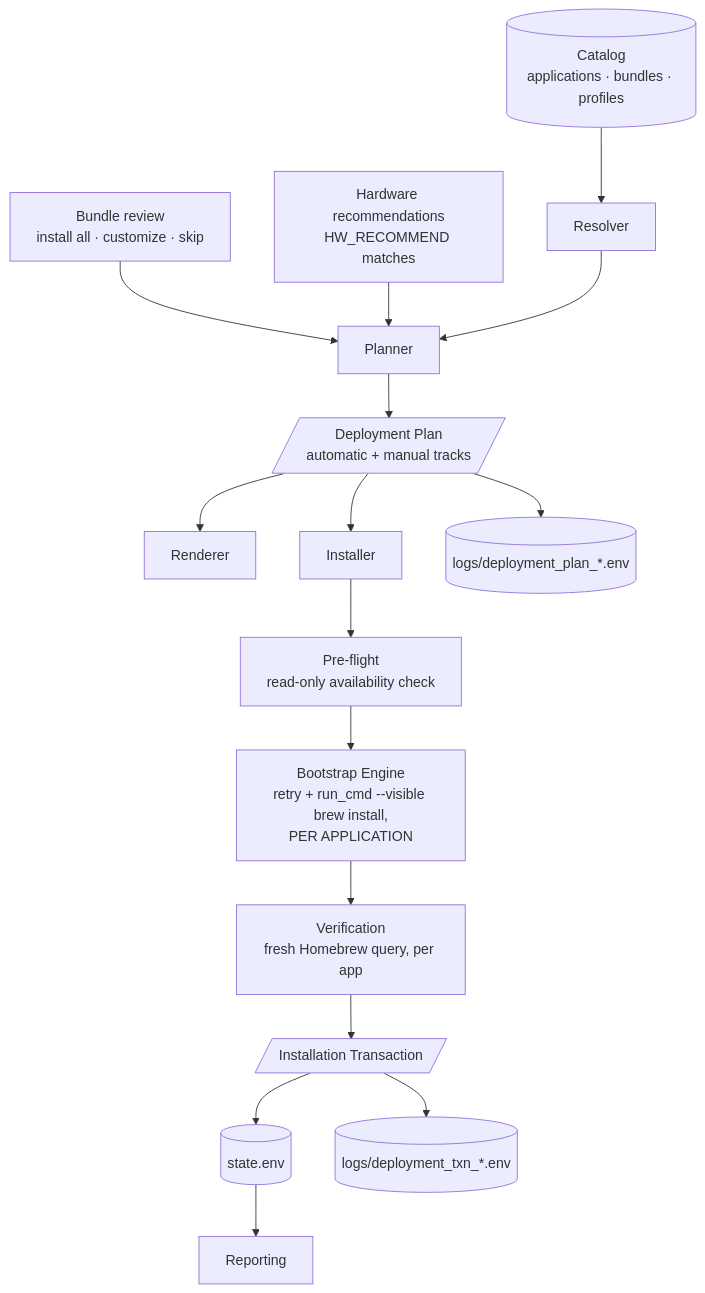
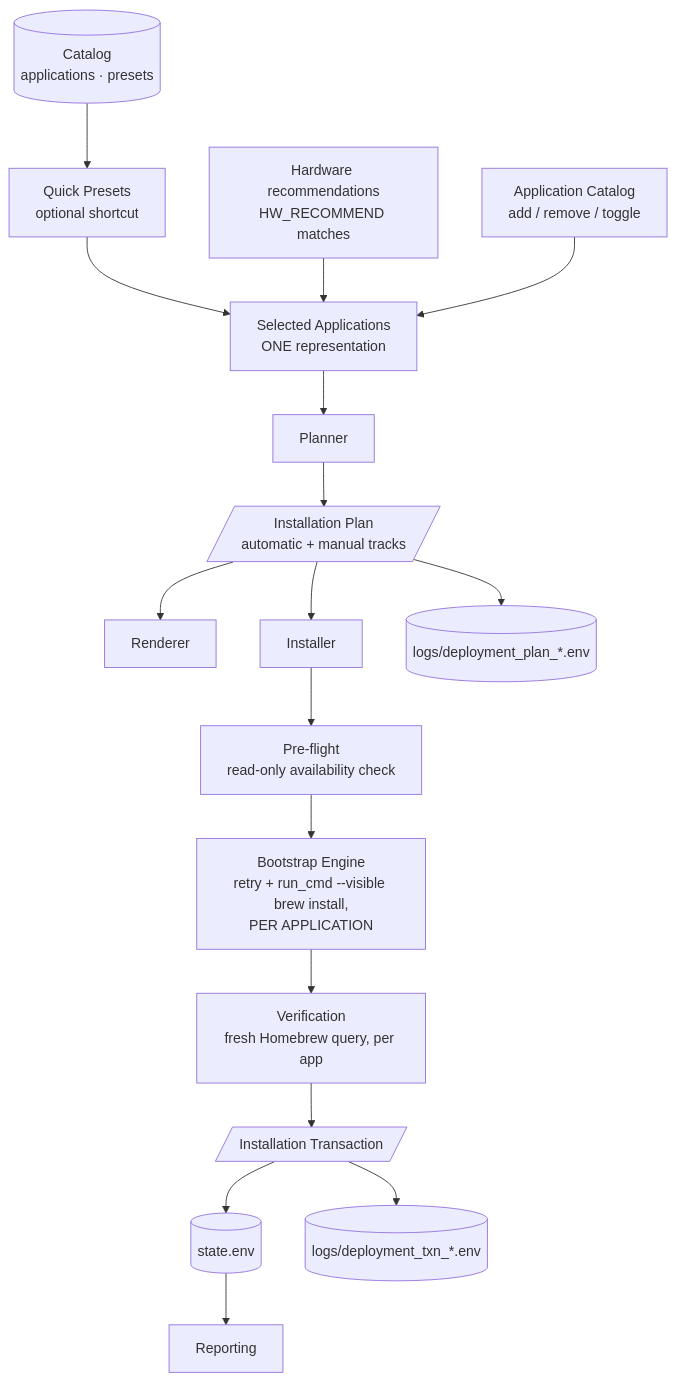
Before and after one commit to JorgeSucre/jb-ToolKit: the diagram in docs/Deployment-Architecture.md, drawn with Mermaid. The commit also changed other lines of this file and 105 other files, not shown here.

````diff
--- a/docs/Deployment-Architecture.md
+++ b/docs/Deployment-Architecture.md
@@ -10,18 +13,19 @@
 ```mermaid
 flowchart TD
-    CAT[(Catalog<br/>applications · bundles · profiles)] --> RES[Resolver]
-    REV[Bundle review<br/>install all · customize · skip] --> PLN
-    HW[Hardware recommendations<br/>HW_RECOMMEND matches] --> PLN
-    RES --> PLN[Planner]
-    PLN --> PLAN[/Deployment Plan<br/>automatic + manual tracks/]
+    CAT[(Catalog<br/>applications · presets)] --> PICK[Quick Presets<br/>optional shortcut]
+    PICK --> SEL[Selected Applications<br/>ONE representation]
+    HW[Hardware recommendations<br/>HW_RECOMMEND matches] --> SEL
+    BROWSE[Application Catalog<br/>add / remove / toggle] --> SEL
+    SEL --> PLN[Planner]
+    PLN --> PLAN[/Installation Plan<br/>automatic + manual tracks/]
     PLAN --> REN[Renderer]
     PLAN --> INS[Installer]
     INS --> PRE[Pre-flight<br/>read-only availability check]
     PRE --> ENG[Bootstrap Engine<br/>retry + run_cmd --visible brew install,<br/>PER APPLICATION]
     ENG --> VER[Verification<br/>fresh Homebrew query, per app]
     VER --> TXN[/Installation Transaction/]
     TXN --> STATE[(state.env)]
     TXN --> TXNFILE[(logs/deployment_txn_*.env)]
     PLAN --> PLANFILE[(logs/deployment_plan_*.env)]
     STATE --> REP[Reporting]
 ```
````
